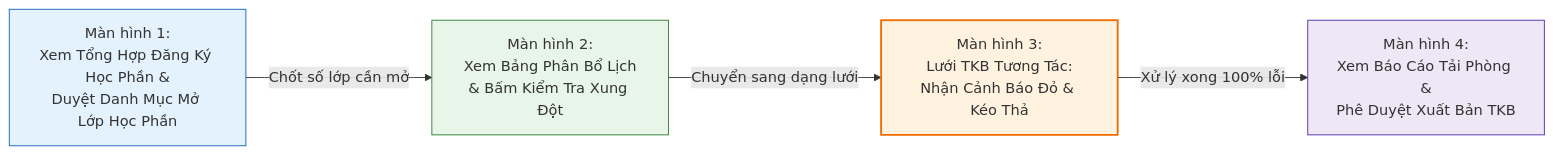
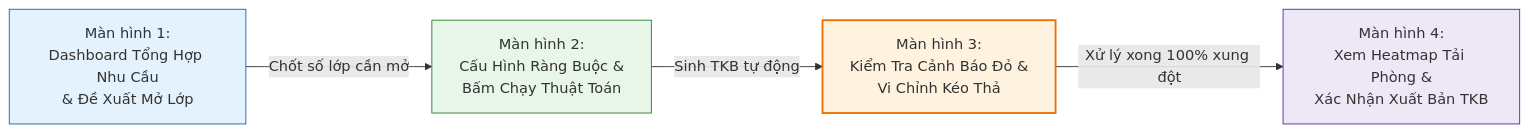
One commit to cacancap/IT3120_QuanLyDaoTao changed the second of 2 diagrams in bai-tap-1/BAO-CAO-TONG-HOP-NHOM.md. Above: the diagram before and after it, drawn with Mermaid. The commit also changed other lines of this file, not shown here.

````diff
--- a/bai-tap-1/BAO-CAO-TONG-HOP-NHOM.md
+++ b/bai-tap-1/BAO-CAO-TONG-HOP-NHOM.md
@@ -240,11 +192,11 @@
 ```mermaid
 flowchart LR
-    S1["Màn hình 1:<br/>Xem Tổng Hợp Đăng Ký Học Phần &<br/>Duyệt Danh Mục Mở Lớp Học Phần"] -->|"Chốt số lớp cần mở"| S2["Màn hình 2:<br/>Xem Bảng Phân Bổ Lịch<br/>& Bấm Kiểm Tra Xung Đột"]
-    S2 -->|"Chuyển sang dạng lưới"| S3["Màn hình 3:<br/>Lưới TKB Tương Tác:<br/>Nhận Cảnh Báo Đỏ & Kéo Thả"]
-    S3 -->|"Xử lý xong 100% lỗi"| S4["Màn hình 4:<br/>Xem Báo Cáo Tải Phòng &<br/>Phê Duyệt Xuất Bản TKB"]
+    S1["Màn hình 1:<br/>Dashboard Tổng Hợp Nhu Cầu<br/>& Đề Xuất Mở Lớp"] -->|"Chốt số lớp cần mở"| S2["Màn hình 2:<br/>Cấu Hình Ràng Buộc &<br/>Bấm Chạy Thuật Toán"]
+    S2 -->|"Sinh TKB tự động"| S3["Màn hình 3:<br/>Kiểm Tra Cảnh Báo Đỏ &<br/>Vi Chỉnh Kéo Thả"]
+    S3 -->|"Xử lý xong 100% xung đột"| S4["Màn hình 4:<br/>Xem Heatmap Tải Phòng &<br/>Xác Nhận Xuất Bản TKB"]
 
     style S1 fill:#e3f2fd,stroke:#1565c0,stroke-width:1px
     style S2 fill:#e8f5e9,stroke:#2e7d32,stroke-width:1px
     style S3 fill:#fff3e0,stroke:#ef6c00,stroke-width:2px
     style S4 fill:#ede7f6,stroke:#512da8,stroke-width:1px
 ```
````
